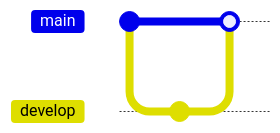
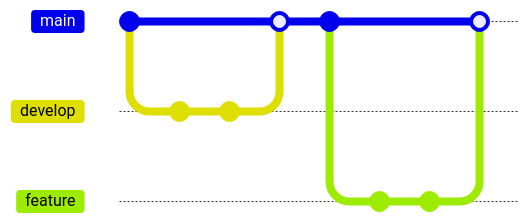
One commit to fxzer/shiki-markdown-preview changed diagram 12 of 19 in test-md/test-mermaid.md. Above: the diagram before and after it, drawn with Mermaid. The commit also changed other lines of this file and 11 other files, not shown here. Commit ids are hidden.

Commit message:
feat: 集成 mermaid 图表功能

````diff
--- a/test-md/test-mermaid.md
+++ b/test-md/test-mermaid.md
@@ -81,9 +175,17 @@
 ```mermaid
 gitGraph
     commit
     branch develop
     checkout develop
     commit
+    commit
     checkout main
     merge develop
+    commit
+    branch feature
+    checkout feature
+    commit
+    commit
+    checkout main
+    merge feature
 ```
````
